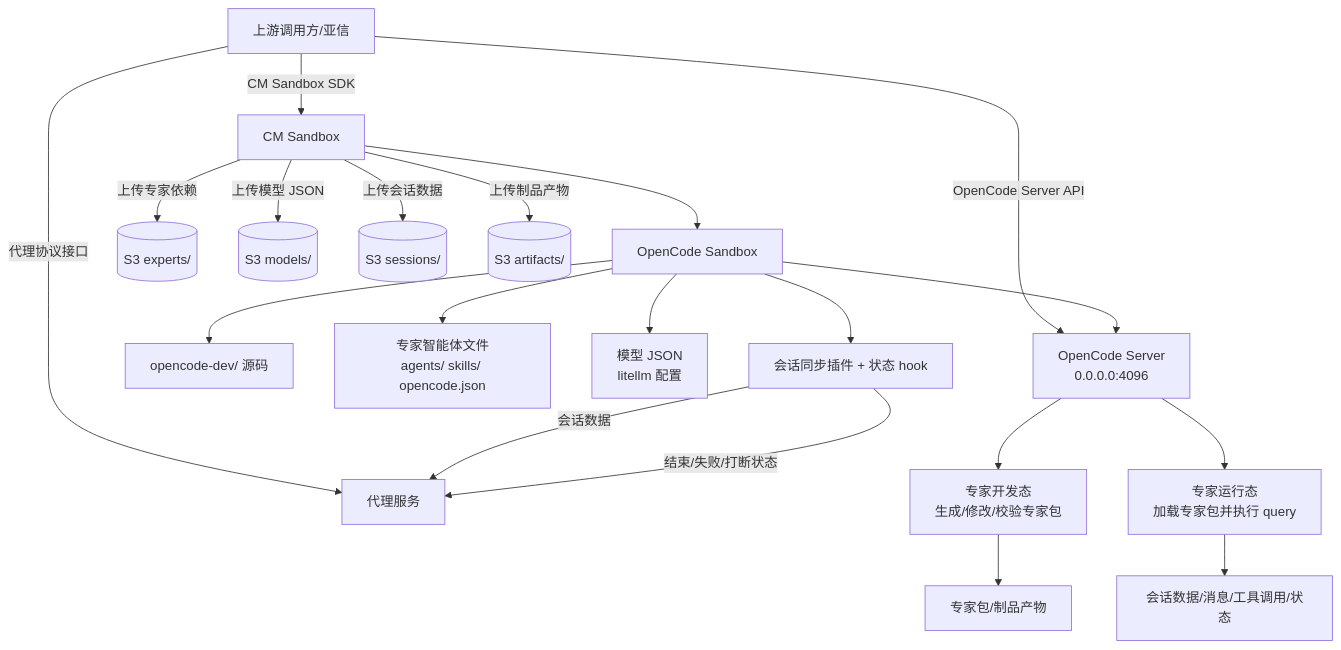
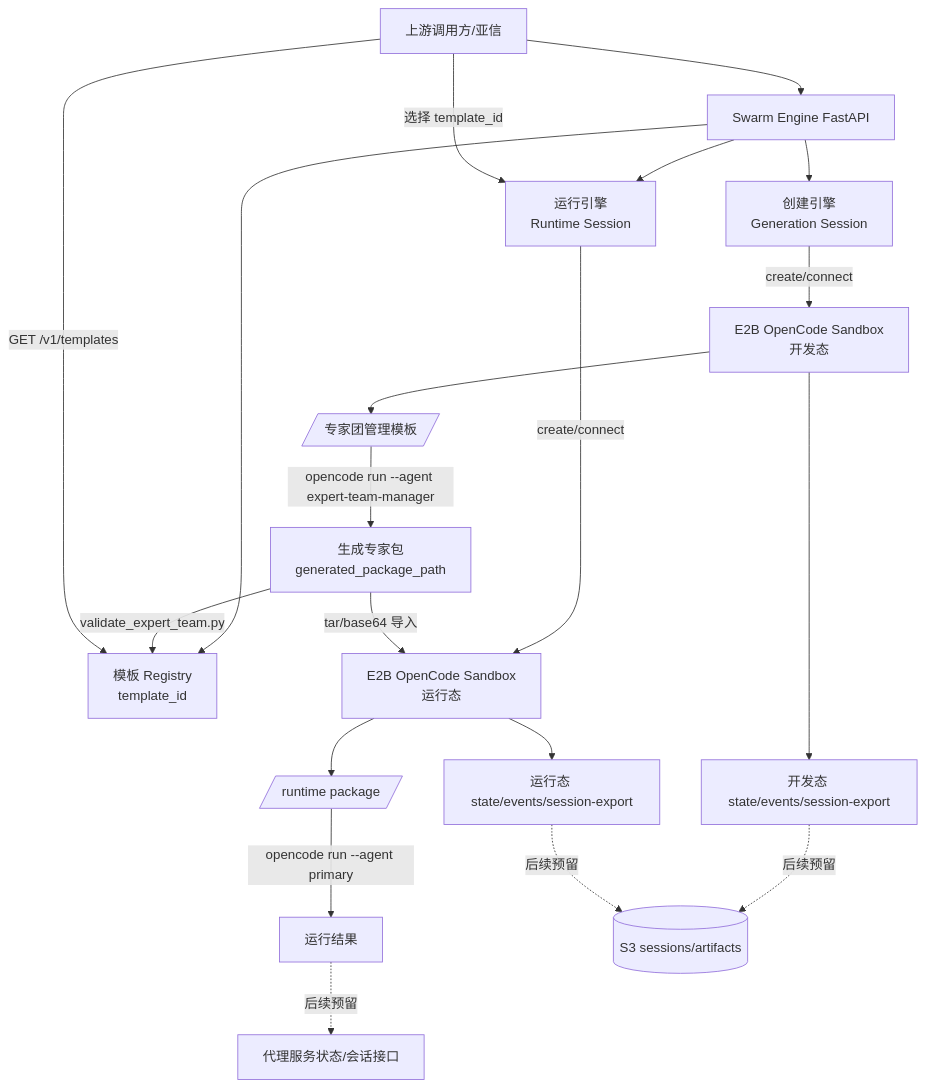
Before and after one commit to xiaodong528/joinai-swarm-agent-backend: the diagram in README.md, drawn with Mermaid. The commit also changed other lines of this file and 1 other file, not shown here.

Commit message:
Clarify E2B OpenCode integration docs

````diff
--- a/README.md
+++ b/README.md
@@ -22,27 +29,27 @@
 ```mermaid
 flowchart TD
-    UP[上游调用方/亚信] -->|CM Sandbox SDK| CM[CM Sandbox]
-    UP -->|OpenCode Server API| OCAPI[OpenCode Server<br/>0.0.0.0:4096]
-    UP -->|代理协议接口| PROXY[代理服务]
+    UP[上游调用方/亚信] --> API[Swarm Engine FastAPI]
 
-    CM --> BOX[OpenCode Sandbox]
-    BOX --> OCAPI
-    BOX --> OPDEV[opencode-dev/ 源码]
-    BOX --> EXPERT[专家智能体文件<br/>agents/ skills/ opencode.json]
-    BOX --> MODEL[模型 JSON<br/>litellm 配置]
-    BOX --> PLUGIN[会话同步插件 + 状态 hook]
+    API --> GEN[创建引擎<br/>Generation Session]
+    API --> REG[模板 Registry<br/>template_id]
+    API --> RUN[运行引擎<br/>Runtime Session]
 
-    OCAPI --> DEV[专家开发态<br/>生成/修改/校验专家包]
-    OCAPI --> RUN[专家运行态<br/>加载专家包并执行 query]
+    GEN -->|create/connect| E2BG[E2B OpenCode Sandbox<br/>开发态]
+    E2BG --> TMPL[/专家团管理模板/]
+    TMPL -->|opencode run --agent expert-team-manager| PKG[生成专家包<br/>generated_package_path]
+    PKG -->|validate_expert_team.py| REG
 
-    DEV --> ARTIFACT[专家包/制品产物]
-    RUN --> SESSION[会话数据/消息/工具调用/状态]
+    UP -->|GET /v1/templates| REG
+    UP -->|选择 template_id| RUN
+    RUN -->|create/connect| E2BR[E2B OpenCode Sandbox<br/>运行态]
+    PKG -->|tar/base64 导入| E2BR
+    E2BR --> RPKG[/runtime package/]
+    RPKG -->|opencode run --agent primary| RESULT[运行结果]
 
-    PLUGIN -->|会话数据| PROXY
-    PLUGIN -->|结束/失败/打断状态| PROXY
+    E2BG --> GSTATE[开发态 state/events/session-export]
+    E2BR --> RSTATE[运行态 state/events/session-export]
 
-    CM -->|上传专家依赖| S3EXP[(S3 experts/)]
-    CM -->|上传模型 JSON| S3MODEL[(S3 models/)]
-    CM -->|上传会话数据| S3SESSION[(S3 sessions/)]
-    CM -->|上传制品产物| S3ART[(S3 artifacts/)]
+    GSTATE -.后续预留.-> S3[(S3 sessions/artifacts)]
+    RSTATE -.后续预留.-> S3
+    RESULT -.后续预留.-> PROXY[代理服务状态/会话接口]
 ```
````
